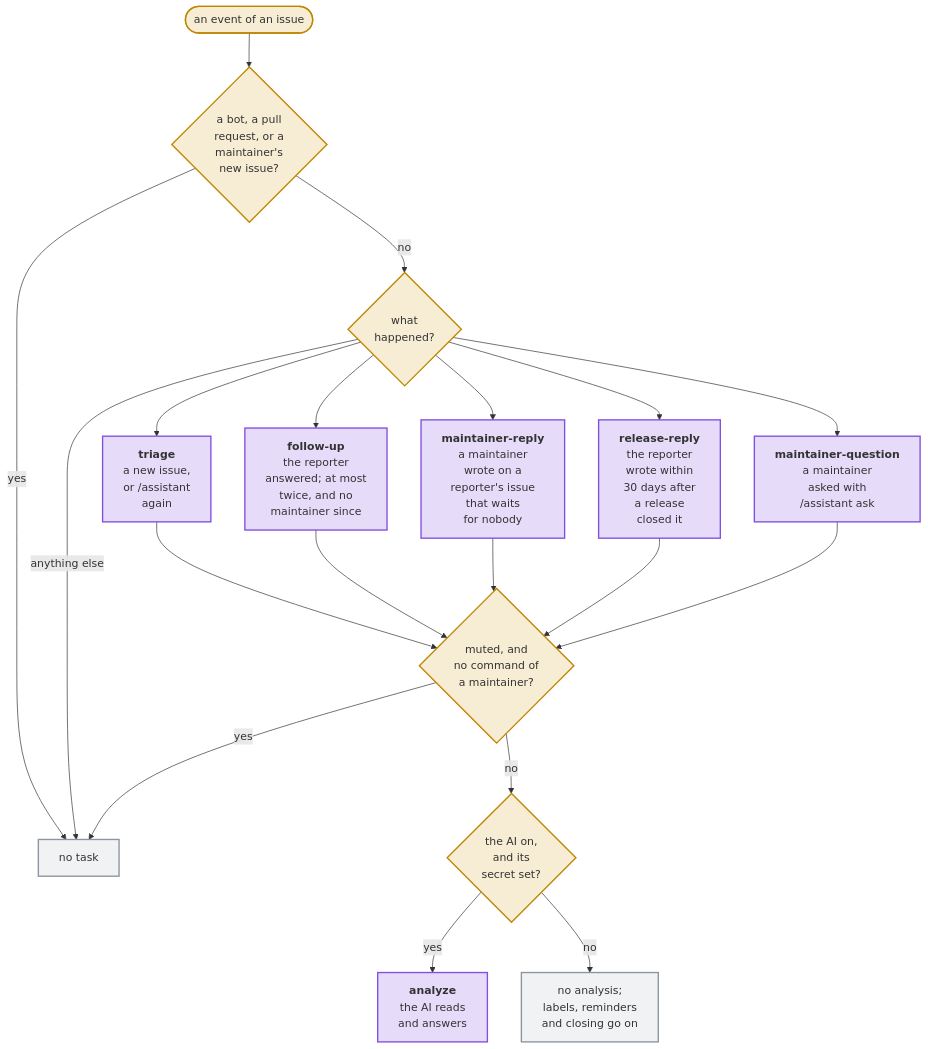
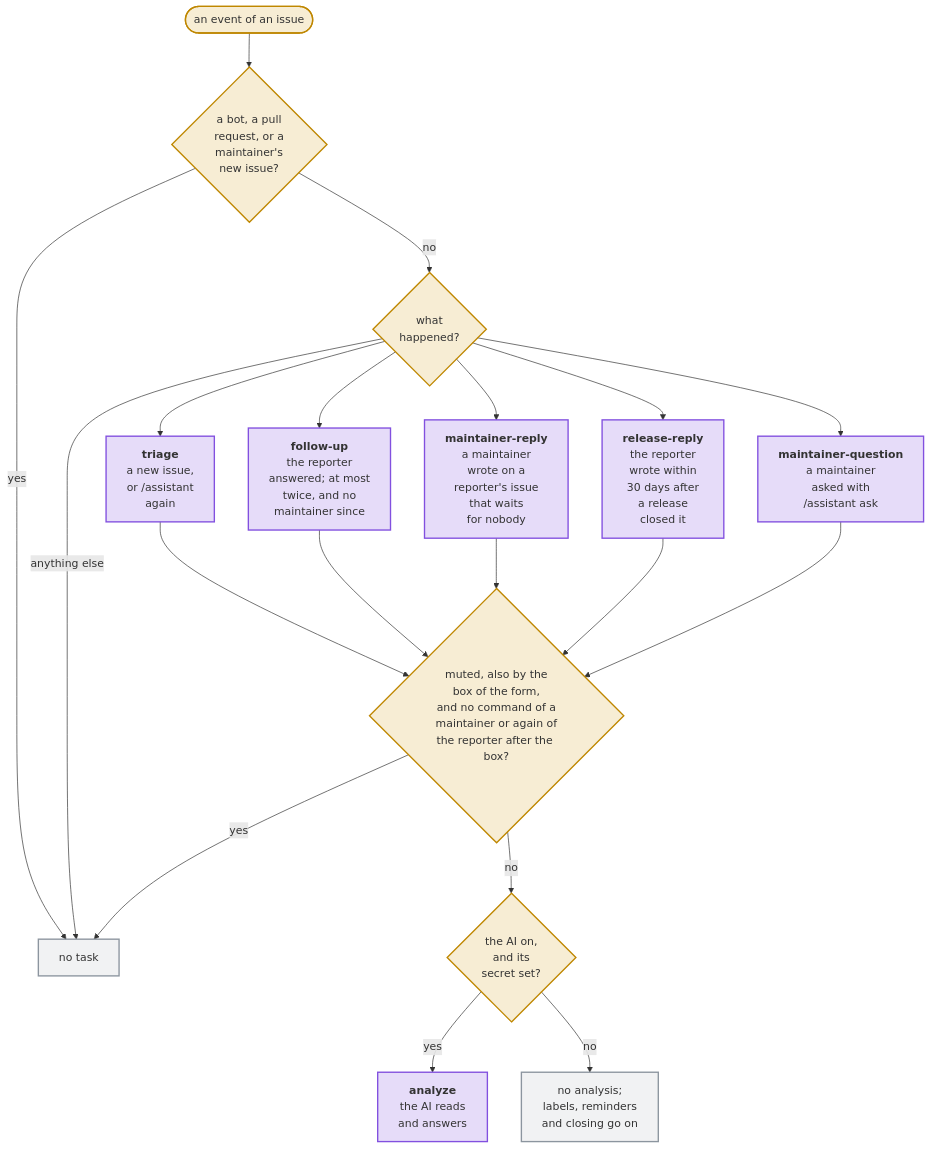
The diagram in docs/diagrams/which-task-an-event-of-an-issue-gives-the-ai.mmd (Dennis-Otto/issue-assistant), drawn with Mermaid before and after one commit. The commit also changed 58 other files, not shown here.

First line of the commit message:
feat: reporters can opt out of the AI analysis in the issue form (#232)

```diff
--- a/docs/diagrams/which-task-an-event-of-an-issue-gives-the-ai.mmd
+++ b/docs/diagrams/which-task-an-event-of-an-issue-gives-the-ai.mmd
@@ -1,25 +1,25 @@
 flowchart TB
   accTitle: Which task an event of an issue gives the AI
-  accDescr: An event of a bot, on a pull request, or a new issue that a maintainer opened gives the AI no task. Otherwise, a new issue, or the command /assistant again, gives it triage. An answer of the reporter to the assistant's questions gives it follow-up, at most twice and only while no maintainer joined the conversation since the questions. A comment of a maintainer on a reporter's issue that waits for nobody gives it maintainer-reply. A comment of the reporter within 30 days after a release closed the issue gives it release-reply. A maintainer's command /assistant ask gives it maintainer-question. Any other event, such as a comment of someone else, gives it no task. On an issue with the label assistant-muted, only a command of a maintainer starts a task. A task runs only while the AI is on and its secret is set; otherwise no analysis comes, and labels, reminders and closing go on.
+  accDescr: An event of a bot, on a pull request, or a new issue that a maintainer opened gives the AI no task. Otherwise, a new issue, or the command /assistant again, gives it triage. An answer of the reporter to the assistant's questions gives it follow-up, at most twice and only while no maintainer joined the conversation since the questions. A comment of a maintainer on a reporter's issue that waits for nobody gives it maintainer-reply. A comment of the reporter within 30 days after a release closed the issue gives it release-reply. A maintainer's command /assistant ask gives it maintainer-question. Any other event, such as a comment of someone else, gives it no task. A ticked box of the issue form adds the label assistant-muted to the new issue. On an issue with that label, only a command of a maintainer, or the reporter's /assistant again after the box, starts a task. A task runs only while the AI is on and its secret is set; otherwise no analysis comes, and labels, reminders and closing go on.
   start(["an event of an issue"]) --> who{"a bot, a pull<br>request, or a<br>maintainer's<br>new issue?"}
   who -- "yes" --> none["no task"]
   who -- "no" --> what{"what<br>happened?"}
   what --> triage["`**triage**<br>a new issue,<br>or /assistant<br>again`"]
   what --> followup["`**follow-up**<br>the reporter<br>answered; at most<br>twice, and no<br>maintainer since`"]
   what --> reply["`**maintainer-reply**<br>a maintainer<br>wrote on a<br>reporter's issue<br>that waits<br>for nobody`"]
   what --> persists["`**release-reply**<br>the reporter<br>wrote within<br>30 days after<br>a release<br>closed it`"]
   what --> question["`**maintainer-question**<br>a maintainer<br>asked with<br>/assistant ask`"]
   what -- "anything else" --> none
-  triage & followup & reply & persists & question --> muted{"muted, and<br>no command of<br>a maintainer?"}
+  triage & followup & reply & persists & question --> muted{"muted, also by the<br>box of the form,<br>and no command of a<br>maintainer or again of<br>the reporter after the box?"}
   muted -- "yes" --> none
   muted -- "no" --> on{"the AI on,<br>and its<br>secret set?"}
   on -- "yes" --> analyze["`**analyze**<br>the AI reads<br>and answers`"]
   on -- "no" --> paused["no analysis;<br>labels, reminders<br>and closing go on"]
   classDef trigger fill:#d4a72c33,stroke:#bf8700,stroke-width:2px
   classDef question fill:#d4a72c33,stroke:#bf8700,stroke-width:2px
   classDef ai fill:#8250df33,stroke:#8250df,stroke-width:2px
   classDef job fill:#8c959f1f,stroke:#8c959f,stroke-width:2px
   class start trigger
   class who,what,muted,on question
   class triage,followup,reply,persists,question,analyze ai
   class none,paused job
```
